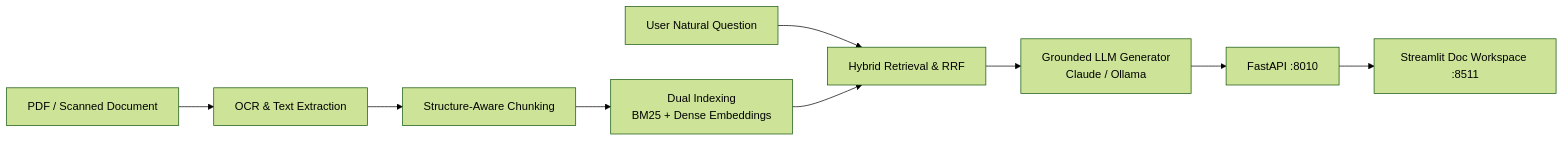
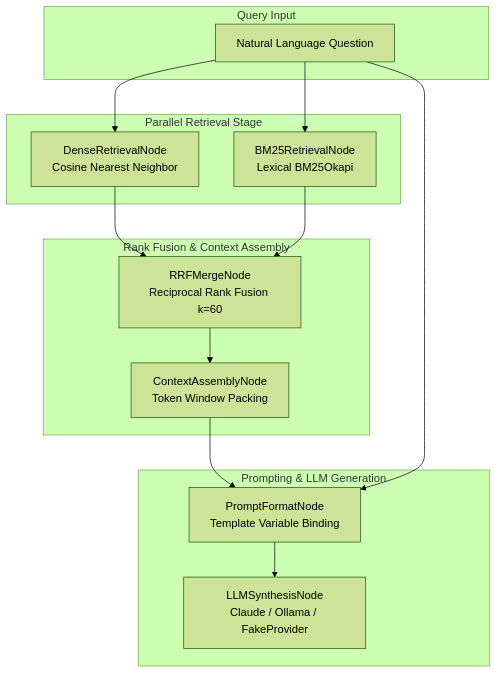
The diagram in README.md (jackson-marcus/Doc-Sense), drawn with Mermaid (forest theme) before and after one commit. The commit also changed other lines of this file and 11 other files, not shown here.

Commit message:
feat: complete software architecture refactoring, unique system design, and professional README

````diff
--- a/README.md
+++ b/README.md
@@ -45,10 +26,30 @@
 ```mermaid
-flowchart LR
-    Doc[PDF / Scanned Document] --> OCR[OCR & Text Extraction]
-    OCR --> Chunk[Structure-Aware Chunking]
-    Chunk --> Idx[Dual Indexing<br/>BM25 + Dense Embeddings]
-    Query[User Natural Question] --> RRF[Hybrid Retrieval & RRF]
-    Idx --> RRF
-    RRF --> Gen[Grounded LLM Generator<br/>Claude / Ollama]
-    Gen --> API[FastAPI :8010] --> UI[Streamlit Doc Workspace :8511]
+graph TD
+    subgraph Input_Stage ["Query Input"]
+        Q[Natural Language Question]
+    end
+
+    subgraph Retrieval_DAG ["Parallel Retrieval Stage"]
+        DenseNode[DenseRetrievalNode<br/>Cosine Nearest Neighbor]
+        BM25Node[BM25RetrievalNode<br/>Lexical BM25Okapi]
+    end
+
+    subgraph Fusion_DAG ["Rank Fusion & Context Assembly"]
+        RRFNode[RRFMergeNode<br/>Reciprocal Rank Fusion k=60]
+        CtxNode[ContextAssemblyNode<br/>Token Window Packing]
+    end
+
+    subgraph Synthesis_DAG ["Prompting & LLM Generation"]
+        PromptNode[PromptFormatNode<br/>Template Variable Binding]
+        LLMNode[LLMSynthesisNode<br/>Claude / Ollama / FakeProvider]
+    end
+
+    Q --> DenseNode
+    Q --> BM25Node
+    DenseNode --> RRFNode
+    BM25Node --> RRFNode
+    RRFNode --> CtxNode
+    CtxNode --> PromptNode
+    Q --> PromptNode
+    PromptNode --> LLMNode
 ```
````
